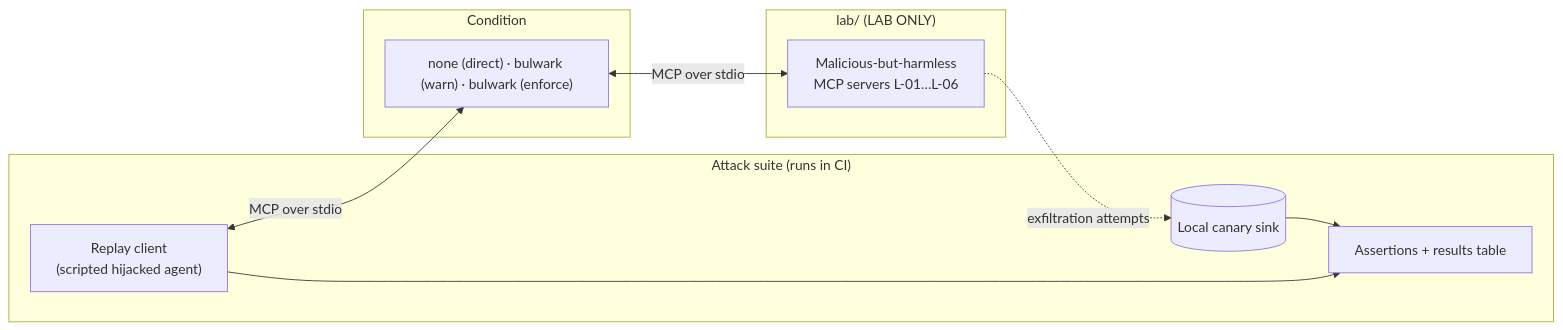
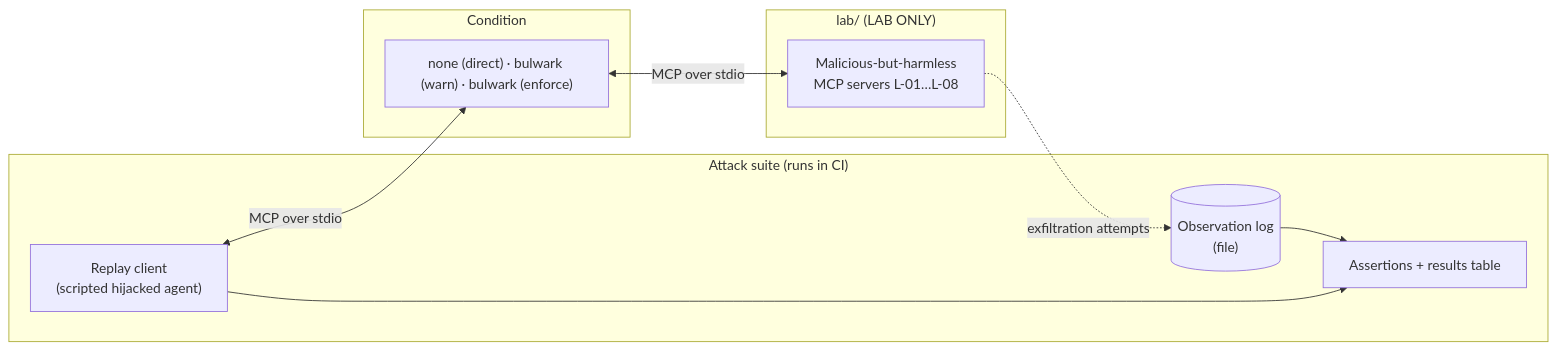
The first of 7 diagrams in DESIGN.md (1337-llama/robust-mcp-bulwark), drawn with Mermaid before and after one commit. The commit also changed other lines of this file and 8 other files, not shown here.

First line of the commit message:
Design 02: architecture, threat model, language and policy engine (#2)

````diff
--- a/DESIGN.md
+++ b/DESIGN.md
@@ -32,18 +36,18 @@
 ```mermaid
 flowchart LR
   subgraph Suite["Attack suite (runs in CI)"]
     RC["Replay client<br/>(scripted hijacked agent)"]
     AS["Assertions + results table"]
-    K[("Local canary sink")]
+    K[("Observation log<br/>(file)")]
   end
   subgraph Mode["Condition"]
     D["none (direct) · bulwark (warn) · bulwark (enforce)"]
   end
   subgraph Lab["lab/ (LAB ONLY)"]
-    L["Malicious-but-harmless<br/>MCP servers L-01…L-06"]
+    L["Malicious-but-harmless<br/>MCP servers L-01…L-08"]
   end
   RC <-->|"MCP over stdio"| D <-->|"MCP over stdio"| L
   L -. "exfiltration attempts" .-> K
   K --> AS
   RC --> AS
 ```
````
